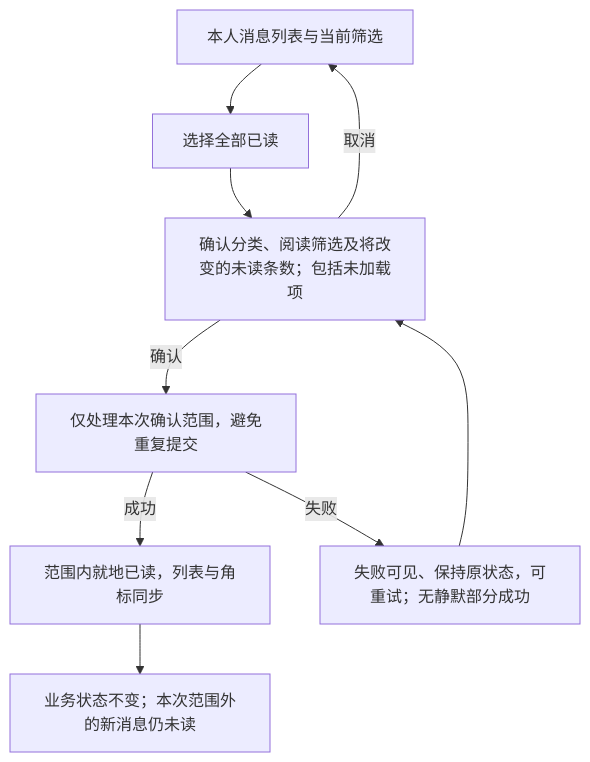
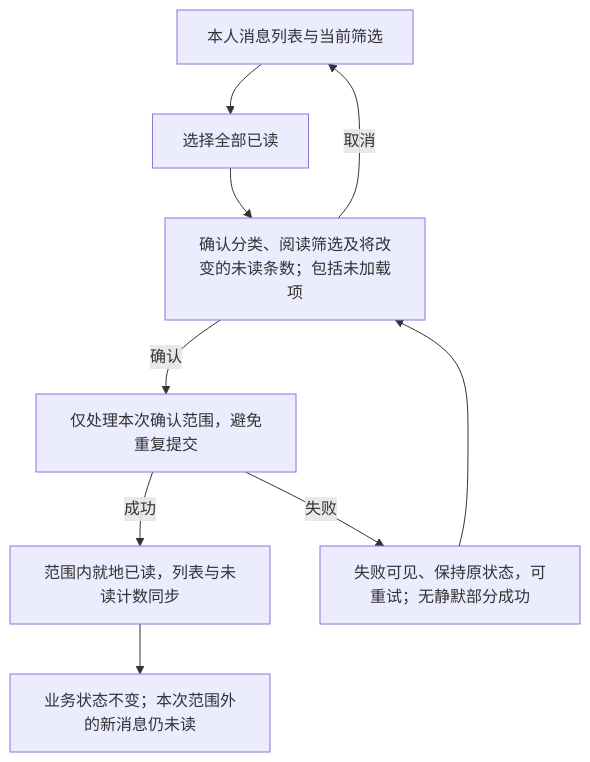
One commit to wxblockchain/Chain-Financing changed the third of 9 diagrams in lending-platform/PRD/v1.0-面客消息中心/02-面客消息中心-流程图与状态机.md. Above: the diagram before and after it, drawn with Mermaid. The commit also changed other lines of this file and 4 other files, not shown here.

````diff
--- a/lending-platform/PRD/v1.0-面客消息中心/02-面客消息中心-流程图与状态机.md
+++ b/lending-platform/PRD/v1.0-面客消息中心/02-面客消息中心-流程图与状态机.md
@@ -82,11 +80,11 @@
 ```mermaid
 flowchart TD
     A["本人消息列表与当前筛选"] --> B["选择全部已读"]
     B --> C["确认分类、阅读筛选及将改变的未读条数；包括未加载项"]
     C -->|取消| A
     C -->|确认| D["仅处理本次确认范围，避免重复提交"]
-    D -->|成功| E["范围内就地已读，列表与角标同步"]
+    D -->|成功| E["范围内就地已读，列表与未读计数同步"]
     D -->|失败| F["失败可见、保持原状态，可重试；无静默部分成功"]
     F --> C
     E --> G["业务状态不变；本次范围外的新消息仍未读"]
 ```
````
